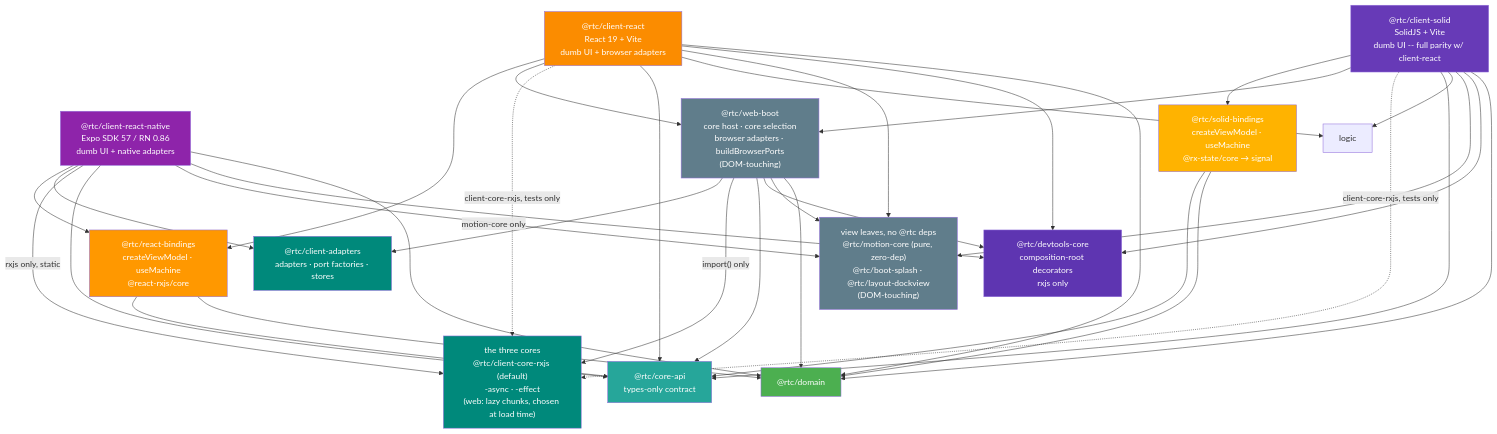
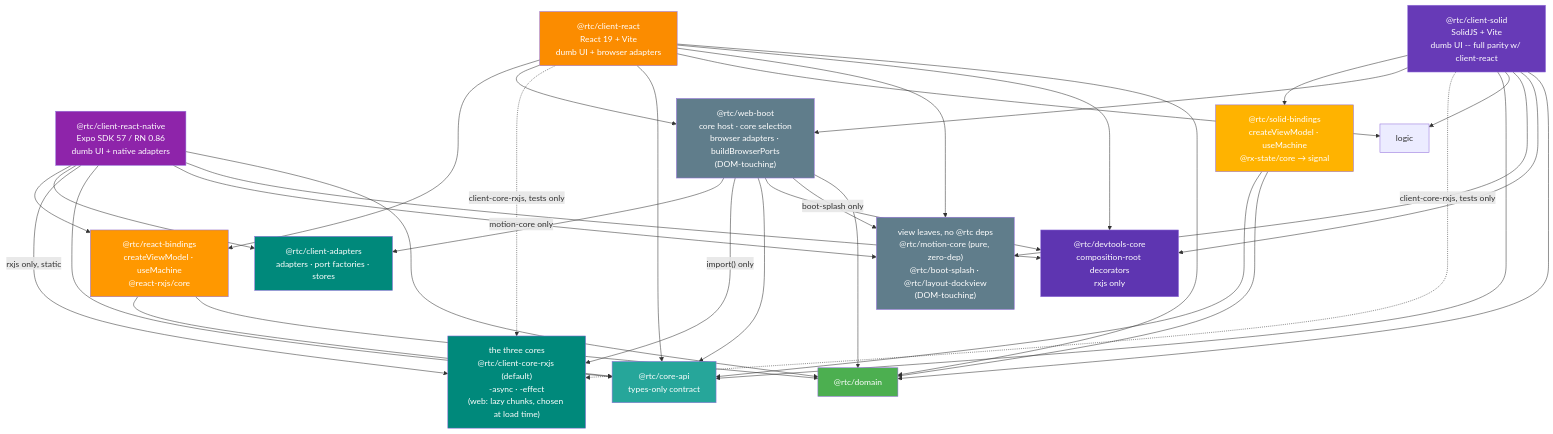
One commit to bettersoftware-io/ReactiveTraderCloudClone changed the first of 4 diagrams in docs/architecture/06-package-dependencies.md. Above: the diagram before and after it, drawn with Mermaid. The commit also changed 10 other files, not shown here.

````diff
--- a/docs/architecture/06-package-dependencies.md
+++ b/docs/architecture/06-package-dependencies.md
@@ -9,73 +9,73 @@
 ```mermaid
 graph TB
     webc["@rtc/client-react<br/>React 19 + Vite<br/>dumb UI + browser adapters"]
     solidc["@rtc/client-solid<br/>SolidJS + Vite<br/>dumb UI -- full parity w/ client-react"]
     rnc["@rtc/client-react-native<br/>Expo SDK 57 / RN 0.86<br/>dumb UI + native adapters"]
 
     rb["@rtc/react-bindings<br/>createViewModel · useMachine<br/>@react-rxjs/core"]
     sb["@rtc/solid-bindings<br/>createViewModel · useMachine<br/>@rx-state/core → signal"]
 
     wb["@rtc/web-boot<br/>core host · core selection<br/>browser adapters · buildBrowserPorts<br/>(DOM-touching)"]
 
     core["@rtc/client-adapters<br/>adapters · port factories · stores"]
     alts["the three cores<br/>@rtc/client-core-rxjs (default)<br/>-async · -effect<br/>(web: lazy chunks, chosen at load time)"]
     api["@rtc/core-api<br/>types-only contract"]
 
     leaves["view leaves, no @rtc deps<br/>@rtc/motion-core (pure, zero-dep)<br/>@rtc/boot-splash · @rtc/layout-dockview<br/>(DOM-touching)"]
     dtcore["@rtc/devtools-core<br/>composition-root decorators<br/>rxjs only"]
     domain["@rtc/domain"]
 
     webc --> rb
     webc --> wb
     webc -.->|"client-core-rxjs, tests only"| alts
     webc --> api
     webc --> logic
     webc --> leaves
     webc --> dtcore
     webc --> domain
     solidc --> sb
     solidc --> wb
     solidc -.->|"client-core-rxjs, tests only"| alts
     solidc --> api
     solidc --> logic
     solidc --> leaves
     solidc --> dtcore
     solidc --> domain
     rnc --> rb
     rnc --> core
     rnc -->|"rxjs only, static"| alts
     rnc --> api
     rnc -->|"motion-core only"| leaves
     rnc --> dtcore
     rnc --> domain
     rb --> api
     rb --> domain
     sb --> api
     sb --> domain
     wb --> core
     wb -->|"import() only"| alts
     wb --> api
     wb --> dtcore
-    wb --> leaves
+    wb -->|"boot-splash only"| leaves
     wb --> domain
 
     %% Invisible rank constraints -- keep each rank to four boxes (tall, not wide)
     rb ~~~ alts
     sb ~~~ leaves
     sb ~~~ dtcore
     core ~~~ api
     core ~~~ domain
 
     style webc fill:#FB8C00,color:#fff
     style solidc fill:#673AB7,color:#fff
     style rnc fill:#8E24AA,color:#fff
     style rb fill:#FF9800,color:#fff
     style sb fill:#FFB300,color:#fff
     style wb fill:#607D8B,color:#fff
     style core fill:#00897B,color:#fff
     style alts fill:#00897B,color:#fff
     style api fill:#26A69A,color:#fff
     style leaves fill:#607D8B,color:#fff
     style dtcore fill:#5E35B1,color:#fff
     style domain fill:#4CAF50,color:#fff
 ```
````
